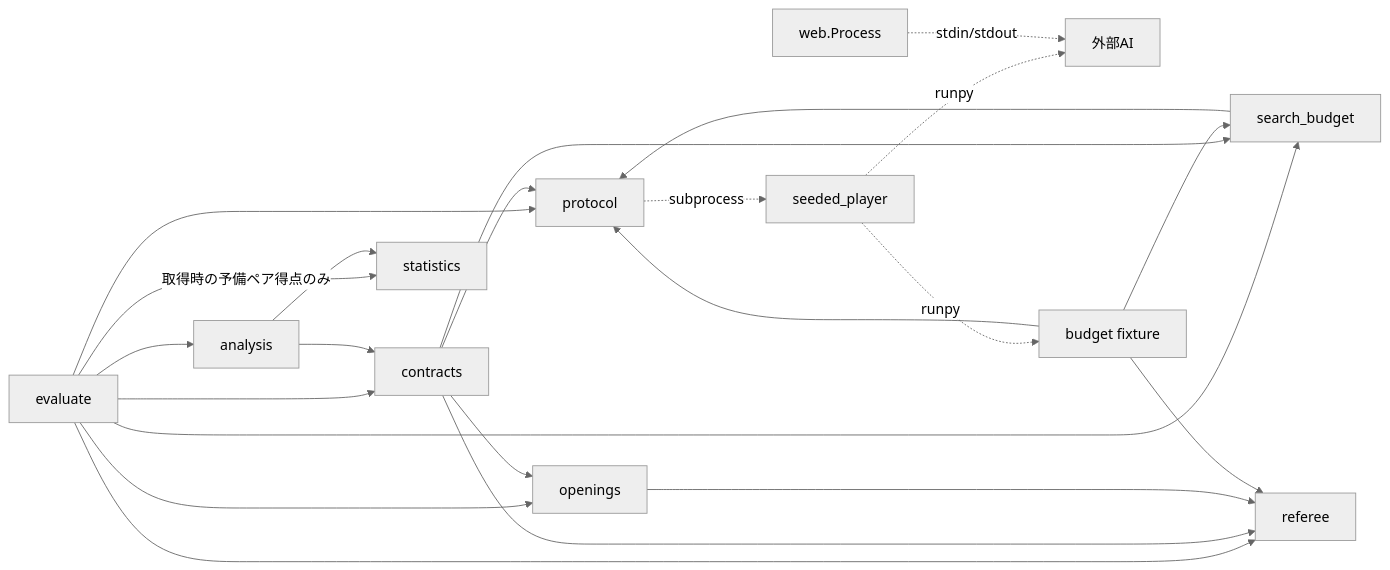
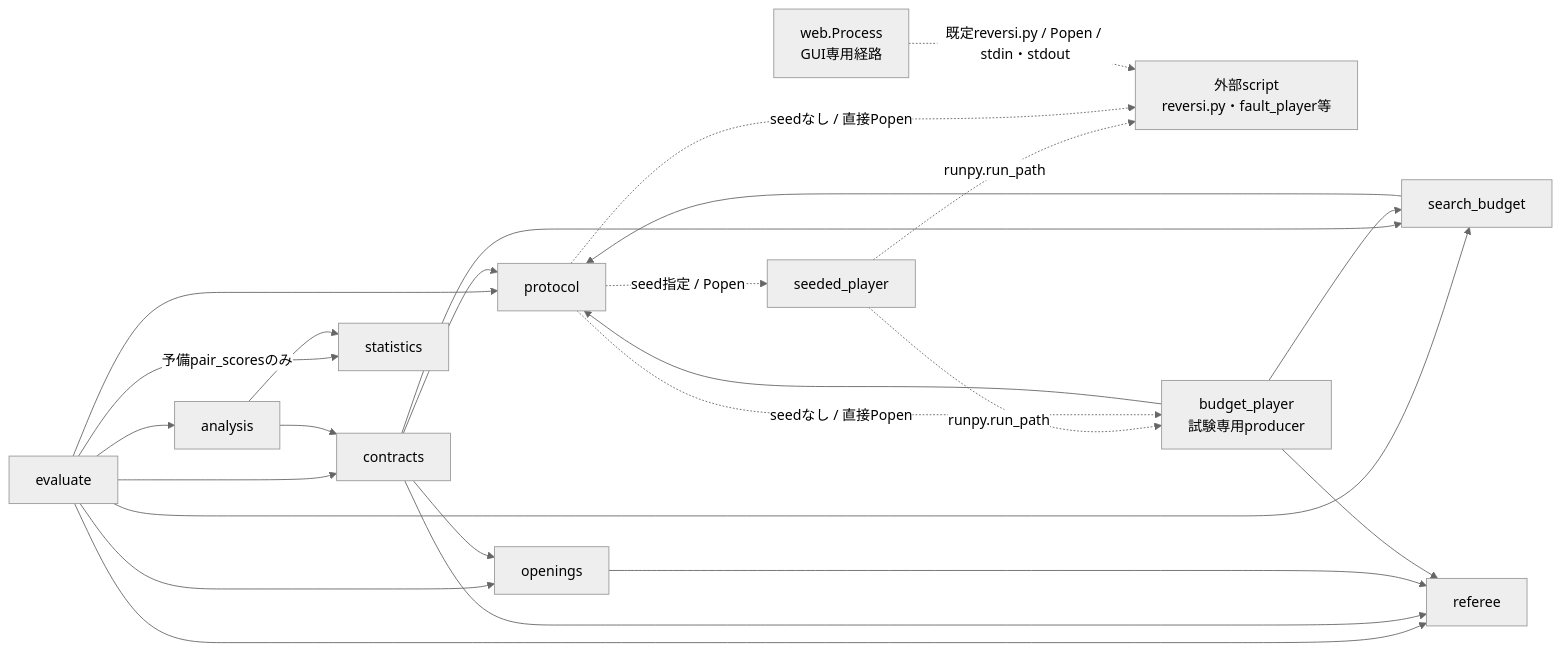
The first of 5 diagrams in docs/harness_architecture.md (nonnhjleno/reversi-ai), drawn with Mermaid (neutral theme) before and after one commit. The commit also changed other lines of this file and 1 other file, not shown here.

First line of the commit message:
ハーネス設計図とデータ契約の実装との不整合を修正

````diff
--- a/docs/harness_architecture.md
+++ b/docs/harness_architecture.md
@@ -29,25 +30,27 @@
 ```mermaid
 flowchart LR
-  E[evaluate] --> A[analysis]
-  E --> C[contracts]
-  E --> P[protocol]
-  E --> B[search_budget]
-  E --> O[openings]
-  E --> R[referee]
-  E -->|取得時の予備ペア得点のみ| S[statistics]
+  E["evaluate"] --> A["analysis"]
+  E --> C["contracts"]
+  E --> P["protocol"]
+  E --> B["search_budget"]
+  E --> O["openings"]
+  E --> R["referee"]
+  E -->|"予備pair_scoresのみ"| S["statistics"]
   A --> C
   A --> S
   C --> P
   C --> B
   C --> O
   C --> R
   B --> P
   O --> R
-  P -. subprocess .-> SP[seeded_player]
-  SP -. runpy .-> AI[外部AI]
-  SP -. runpy .-> F[budget fixture]
+  P -.->|"seed指定 / Popen"| SP["seeded_player"]
+  SP -.->|"runpy.run_path"| AI["外部script<br/>reversi.py・fault_player等"]
+  SP -.->|"runpy.run_path"| F["budget_player<br/>試験専用producer"]
+  P -.->|"seedなし / 直接Popen"| AI
+  P -.->|"seedなし / 直接Popen"| F
   F --> R
   F --> B
   F --> P
-  W[web.Process] -. stdin/stdout .-> AI
+  W["web.Process<br/>GUI専用経路"] -.->|"既定reversi.py / Popen / stdin・stdout"| AI
 ```
````
